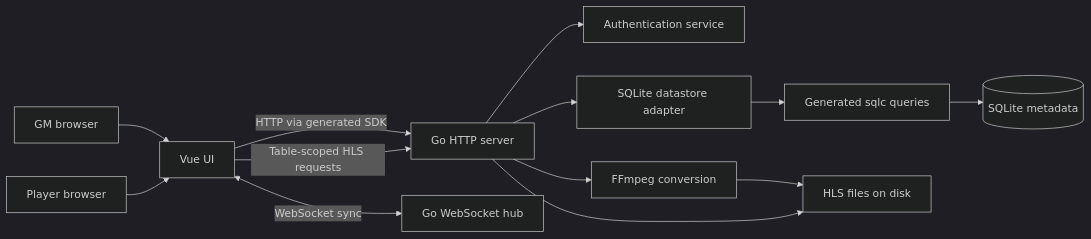
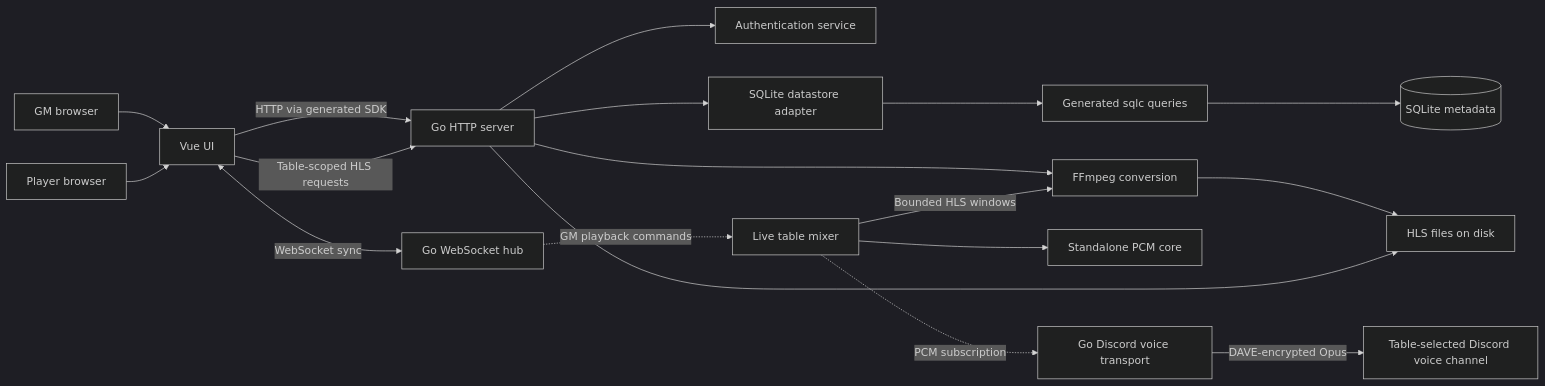
The diagram in docs/architecture.md (terrabitz/rpg-audio-streamer), drawn with Mermaid (dark theme) before and after one commit. The commit also changed other lines of this file and 79 other files, not shown here.

First line of the commit message:
feat: stream table mixes to Discord (#183)

````diff
--- a/docs/architecture.md
+++ b/docs/architecture.md
@@ -11,15 +11,20 @@
 ```mermaid
 flowchart LR
   GM[GM browser] --> UI[Vue UI]
   Player[Player browser] --> UI
   UI -->|HTTP via generated SDK| API[Go HTTP server]
   UI <-->|WebSocket sync| Hub[Go WebSocket hub]
   UI -->|Table-scoped HLS requests| API
   API --> Auth[Authentication service]
   API --> Store[SQLite datastore adapter]
   Store --> Queries[Generated sqlc queries]
   Queries --> DB[(SQLite metadata)]
   API --> FFmpeg[FFmpeg conversion]
   FFmpeg --> Uploads[HLS files on disk]
   API --> Uploads
+  Hub -.->|GM playback commands| Mix[Live table mixer]
+  Mix --> PCM[Standalone PCM core]
+  Mix -->|Bounded HLS windows| FFmpeg
+  Mix -.->|PCM subscription| Voice[Go Discord voice transport]
+  Voice -->|DAVE-encrypted Opus| Discord[Table-selected Discord voice channel]
 ```
````
